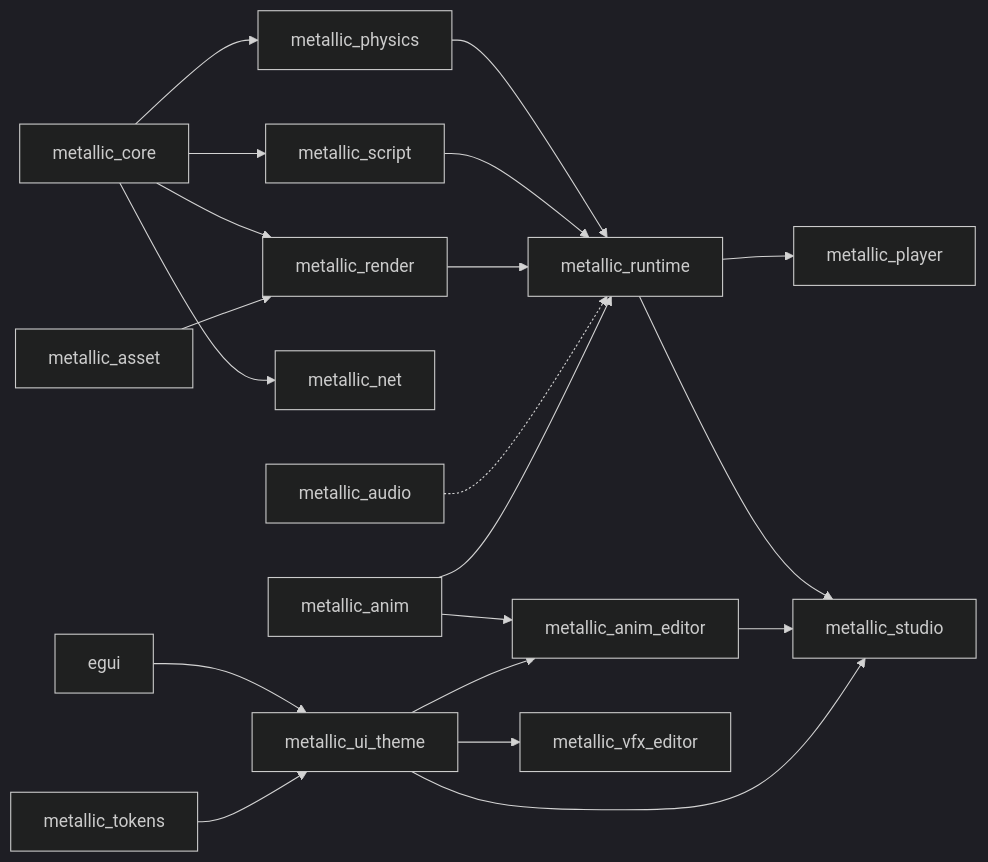
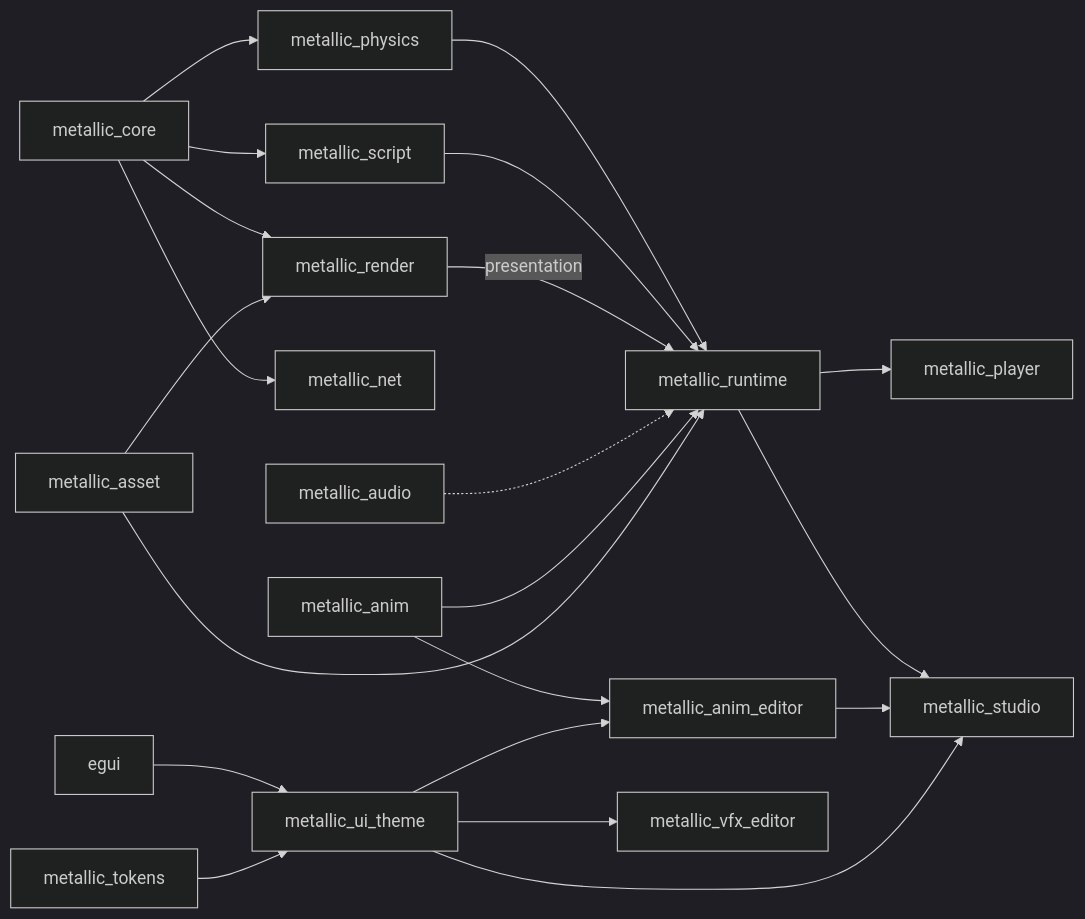
One commit to Metallic-Club/studio changed the diagram in ARCHITECTURE.md. Above: the diagram before and after it, drawn with Mermaid (dark theme). The commit also changed other lines of this file and 25 other files, not shown here.

````diff
--- a/ARCHITECTURE.md
+++ b/ARCHITECTURE.md
@@ -6,22 +6,23 @@
 ```mermaid
 graph LR
   core[metallic_core] --> physics[metallic_physics]
   core --> script[metallic_script]
   core --> render[metallic_render]
   core --> net[metallic_net]
   asset[metallic_asset] --> render
   physics --> runtime[metallic_runtime]
   script --> runtime
-  render --> runtime
+  render -- presentation --> runtime
   audio[metallic_audio] -.-> runtime
   runtime --> player[metallic_player]
   runtime --> studio[metallic_studio]
   anim[metallic_anim] --> runtime
+  asset --> runtime
   anim --> animed[metallic_anim_editor]
   animed --> studio
   egui[egui] --> uitheme[metallic_ui_theme]
   tokens[metallic_tokens] --> uitheme
   uitheme --> studio
   uitheme --> animed
   uitheme --> vfxed[metallic_vfx_editor]
 ```
````
